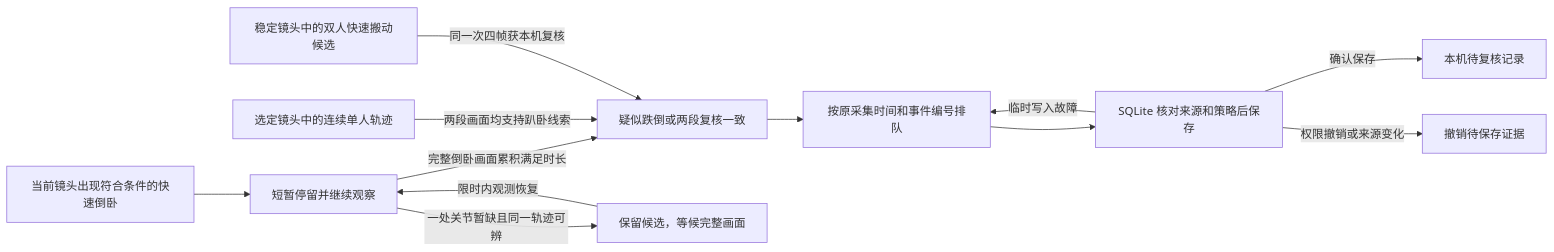
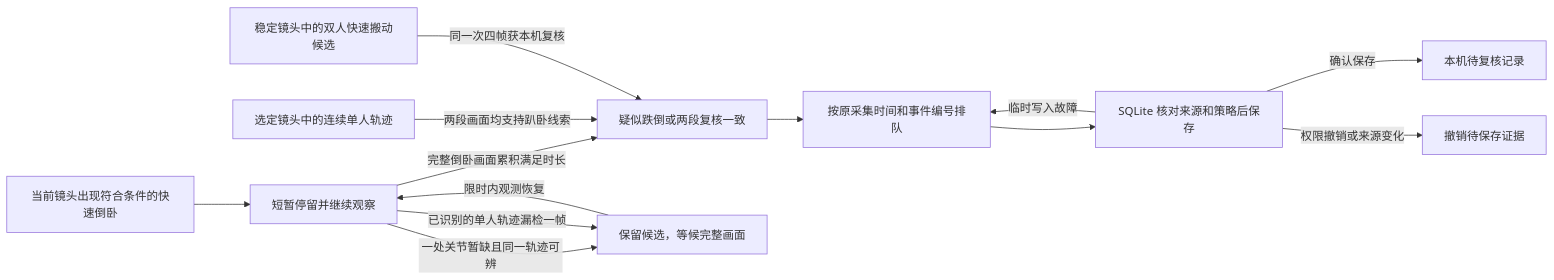
Diagram 16 of 36 in docs/architecture.md (Geeprox/Friday), drawn with Mermaid before and after one commit. The commit also changed other lines of this file and 4 other files, not shown here.

````diff
--- a/docs/architecture.md
+++ b/docs/architecture.md
@@ -431,14 +432,15 @@
 ```mermaid
 flowchart LR
   F[当前镜头出现符合条件的快速倒卧] --> H[短暂停留并继续观察]
   H -->|完整倒卧画面累积满足时长| S
   H -->|一处关节暂缺且同一轨迹可辨| C[保留候选，等候完整画面]
+  H -->|已识别的单人轨迹漏检一帧| C
   C -->|限时内观测恢复| H
   P[选定镜头中的连续单人轨迹] -->|两段画面均支持趴卧线索| S
   M[稳定镜头中的双人快速搬动候选] -->|同一次四帧获本机复核| S
   S[疑似跌倒或两段复核一致] --> Q[按原采集时间和事件编号排队]
   Q --> W[SQLite 核对来源和策略后保存]
   W -->|临时写入故障| Q
   W -->|确认保存| R[本机待复核记录]
   W -->|权限撤销或来源变化| D[撤销待保存证据]
 ```
````
